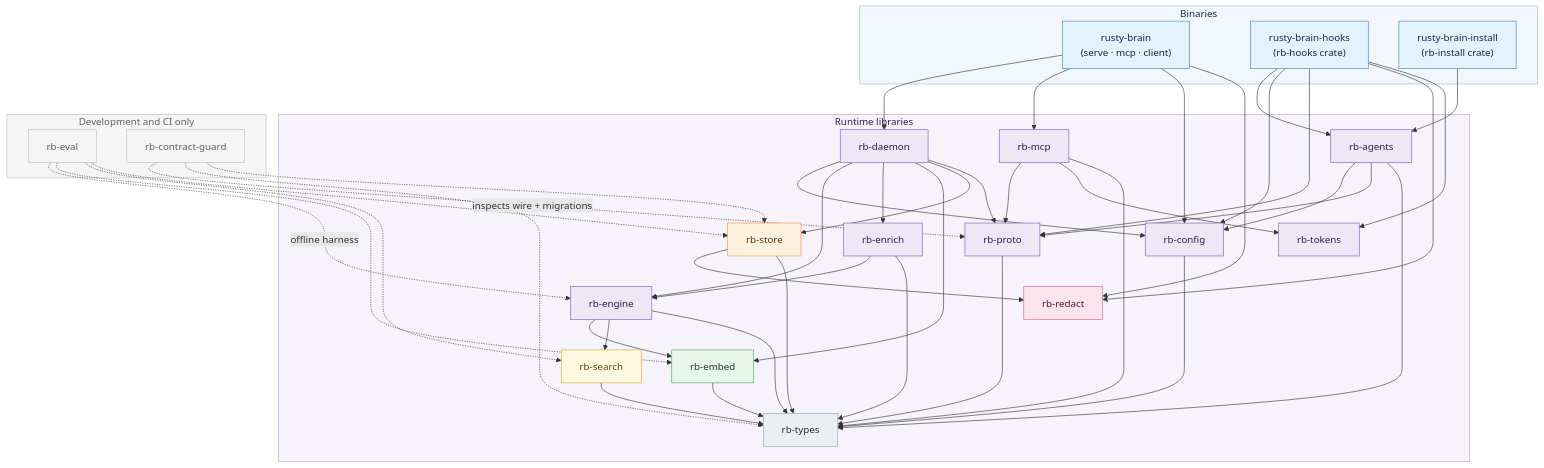
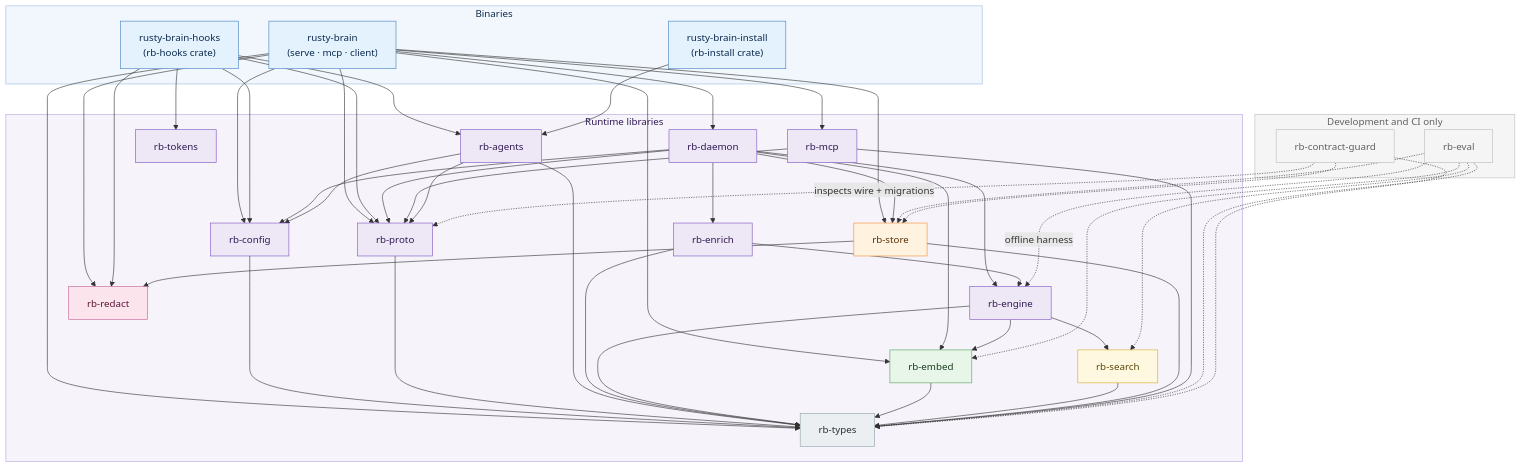
The first of 5 diagrams in docs/ARCHITECTURE.md (brianluby/rusty-brain), drawn with Mermaid before and after one commit.

Commit message:
docs(architecture): align dependency graph with manifests

```diff
--- a/docs/ARCHITECTURE.md
+++ b/docs/ARCHITECTURE.md
@@ -61,7 +61,11 @@
   RB --> rbdaemon
   RB --> rbmcp
   RB --> rbconfig
+  RB --> rbembed
+  RB --> rbproto
   RB --> rbredact
+  RB --> rbstore
+  RB --> rbtypes
   HOOKS --> rbagents
   HOOKS --> rbconfig
   HOOKS --> rbproto
@@ -76,7 +80,6 @@
   rbdaemon --> rbstore
   rbdaemon --> rbproto
   rbmcp --> rbproto
-  rbmcp --> rbtokens
   rbagents --> rbconfig
   rbagents --> rbproto
   rbenrich --> rbengine
@@ -102,6 +105,7 @@
   EVAL -.-> rbembed
   EVAL -.-> rbsearch
   EVAL -.-> rbstore
+  EVAL -.-> rbtypes
   GUARD -.->|"inspects wire + migrations"| rbproto
   GUARD -.-> rbtypes
   GUARD -.-> rbstore
```
